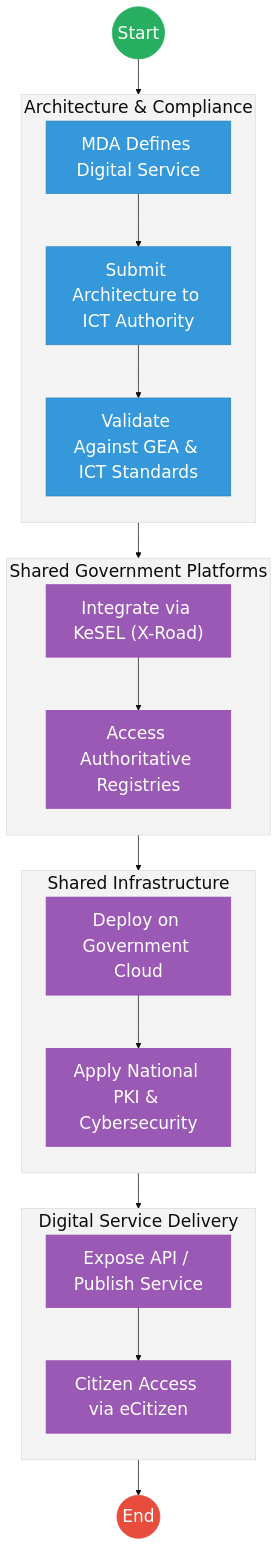
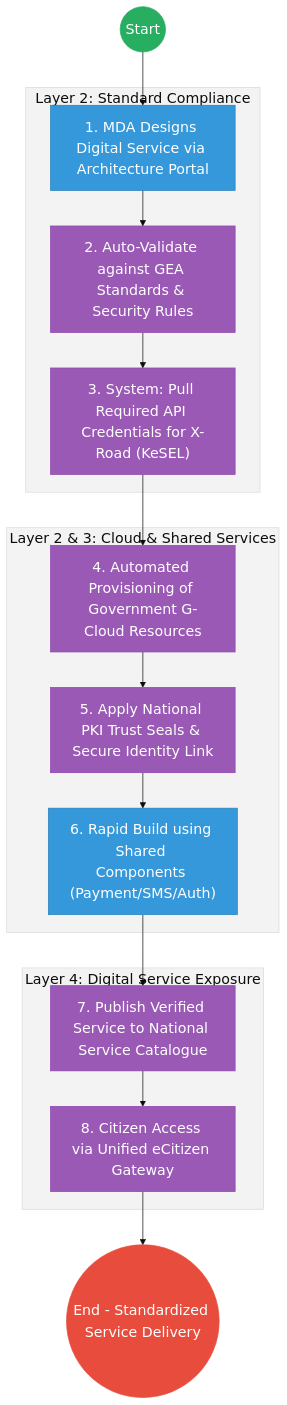
Before and after one commit to BITZ-IT-Consulting-LTD/ictapoc: the second of 2 diagrams in mdas/docs_final/priority_mdas/ICT_Authority___Service_Delivery.md, drawn with Mermaid. The commit also changed other lines of this file and 37 other files, not shown here.

````diff
--- a/mdas/docs_final/priority_mdas/ICT_Authority___Service_Delivery.md
+++ b/mdas/docs_final/priority_mdas/ICT_Authority___Service_Delivery.md
@@ -163,41 +112,33 @@
 ```mermaid
-%%{init: { 'theme': 'base', 'themeVariables': { 'fontSize': '24px', 'fontFamily': 'Inter, system-ui, sans-serif', 'primaryColor': '#ffffff', 'edgeLabelBackground':'#ffffff', 'tertiaryColor': '#f3f3f3', 'mainBkg': '#ffffff', 'nodeBorder': '#333333' } } }%%
-graph TD
-    Start((Start)) --> Service["MDA Defines Digital Service"]
+%%{init: { 'theme': 'base', 'themeVariables': { 'fontSize': '20px', 'fontFamily': 'Inter, system-ui, sans-serif', 'primaryColor': '#ffffff', 'edgeLabelBackground':'#ffffff', 'tertiaryColor': '#f3f3f3', 'mainBkg': '#ffffff', 'nodeBorder': '#333333' } } }%%
+flowchart TD
+    Start((Start)) --> Portal["1. MDA Designs Digital Service via Architecture Portal"]
     
-    subgraph Architecture["Architecture & Compliance"]
-        direction TB
-        Service --> GEA["Submit Architecture to ICT Authority"]
-        GEA --> Validate["Validate Against GEA & ICT Standards"]
+    subgraph Trust_Hub["Layer 2: Standard Compliance"]
+        Portal --> Validate["2. Auto-Validate against GEA Standards & Security Rules"]
+        Validate --> Interop["3. System: Pull Required API Credentials for X-Road (KeSEL)"]
     end
+
+    subgraph Operations["Layer 2 & 3: Cloud & Shared Services"]
+        Interop --> Cloud["4. Automated Provisioning of Government G-Cloud Resources"]
+        Cloud --> NPKI["5. Apply National PKI Trust Seals & Secure Identity Link"]
+        NPKI --> Build["6. Rapid Build using Shared Components (Payment/SMS/Auth)"]
+    end
+
+    subgraph Settlement["Layer 4: Digital Service Exposure"]
+        Build --> Publish["7. Publish Verified Service to National Service Catalogue"]
+        Publish --> Citizen["8. Citizen Access via Unified eCitizen Gateway"]
+    end
+
+    Citizen --> EndProcess(("End - Standardized Service Delivery"))
+
+    classDef start fill:#27ae60,stroke:#27ae60,color:#fff,font-size:20px;;
+    classDef endNode fill:#e74c3c,stroke:#e74c3c,color:#fff,font-size:20px;;
+    classDef userTask fill:#3498db,stroke:#2980b9,color:#fff,font-size:20px;;
+    classDef serviceTask fill:#9b59b6,stroke:#8e44ad,color:#fff,font-size:20px;;
     
-    subgraph Platform["Shared Government Platforms"]
-        direction TB
-        Validate --> Bridge["Integrate via KeSEL (X-Road)"]
-        Bridge --> Registry["Access Authoritative Registries"]
-    end
-    
-    subgraph Infrastructure["Shared Infrastructure"]
-        direction TB
-        Registry --> Cloud["Deploy on Government Cloud"]
-        Cloud --> Security["Apply National PKI & Cybersecurity"]
-    end
-    
-    subgraph Delivery["Digital Service Delivery"]
-        direction TB
-        Security --> Portal["Expose API / Publish Service"]
-        Portal --> Citizen["Citizen Access via eCitizen"]
-    end
-    
-    Citizen --> End((End))
-
-    classDef start fill:#27ae60,stroke:#27ae60,color:#fff,font-size:24px,font-size:24px;;
-    classDef endNode fill:#e74c3c,stroke:#e74c3c,color:#fff,font-size:24px,font-size:24px;;
-    classDef userTask fill:#3498db,stroke:#2980b9,color:#fff,font-size:24px,font-size:24px;;
-    classDef serviceTask fill:#9b59b6,stroke:#8e44ad,color:#fff,font-size:24px,font-size:24px;;
-
     class Start start;
-    class End endNode;
-    class Service,GEA,Validate userTask;
-    class Bridge,Registry,Cloud,Security,Portal,Citizen serviceTask;
+    class EndProcess endNode;
+    class Portal,Build userTask;
+    class Validate,Interop,Cloud,NPKI,Publish,Citizen serviceTask;
 ```
````
